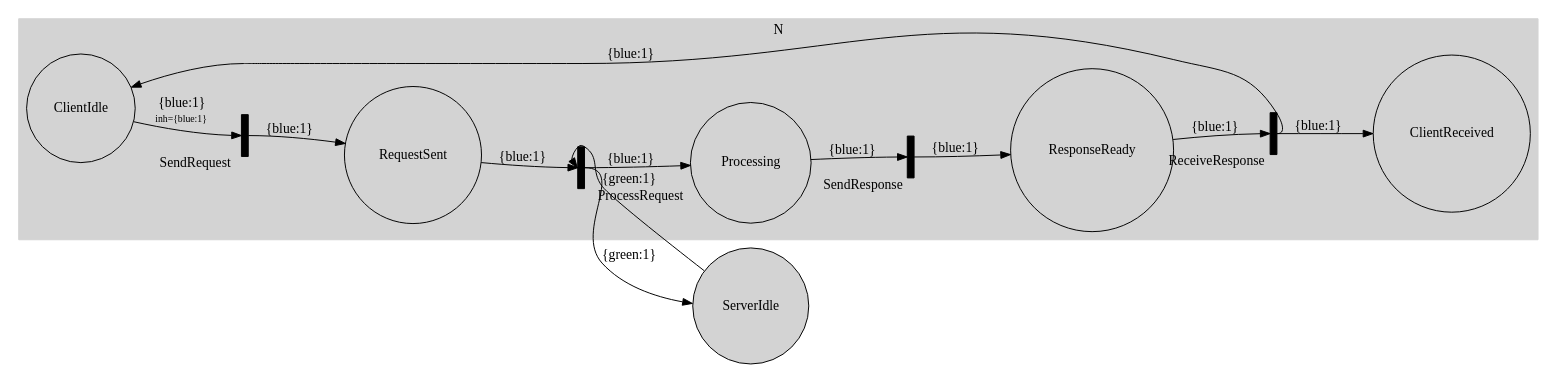
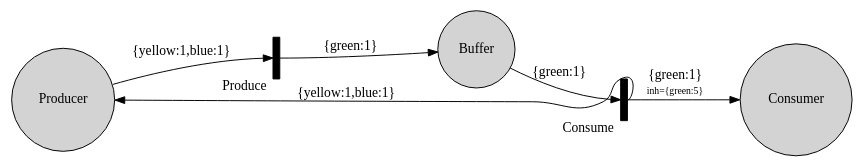
The diagram in Parser/output.dot (Stefan-Mocanu/Licenta), drawn with Graphviz before and after one commit. The commit also changed 31 other files, not shown here.

```diff
--- a/Parser/output.dot
+++ b/Parser/output.dot
@@ -1,33 +1,15 @@
 digraph PetriNet {
   rankdir=LR;
   node [shape=circle, width=0.5, style=filled, fillcolor=lightgray];
-  ClientIdle;
-  RequestSent;
-  Processing;
-  ResponseReady;
-  ClientReceived;
-  ServerIdle;
+  Producer;
+  Consumer;
+  Buffer;
   node [shape=rectangle, width=0.1, height=0.6, style=filled, fillcolor=black];
-  SendRequest [xlabel="SendRequest", label=""];
-  ProcessRequest [xlabel="ProcessRequest", label=""];
-  SendResponse [xlabel="SendResponse", label=""];
-  ReceiveResponse [xlabel="ReceiveResponse", label=""];
-  subgraph cluster_N {
-    style=filled;
-    color=lightgrey;
-    node [style=filled,color=white];
-    ClientIdle; RequestSent; Processing; ResponseReady; ClientReceived; SendRequest; ProcessRequest; SendResponse; ReceiveResponse;
-    label = "N";
-  }
-  ClientIdle -> SendRequest [label=<<TABLE BORDER="0" CELLBORDER="0" CELLSPACING="0"><TR><TD>{blue:1}</TD></TR><TR><TD><FONT POINT-SIZE="10">inh={blue:1}</FONT></TD></TR></TABLE>>, headport=w];
-  SendRequest -> RequestSent [label=<{blue:1}>, tailport=e];
-  RequestSent -> ProcessRequest [label=<{blue:1}>, headport=w];
-  ServerIdle -> ProcessRequest [label=<{green:1}>, headport=w];
-  ProcessRequest -> Processing [label=<{blue:1}>, tailport=e];
-  ProcessRequest -> ServerIdle [label=<{green:1}>, tailport=e];
-  Processing -> SendResponse [label=<{blue:1}>, headport=w];
-  SendResponse -> ResponseReady [label=<{blue:1}>, tailport=e];
-  ResponseReady -> ReceiveResponse [label=<{blue:1}>, headport=w];
-  ReceiveResponse -> ClientReceived [label=<{blue:1}>, tailport=e];
-  ReceiveResponse -> ClientIdle [label=<{blue:1}>, tailport=e];
+  Produce [xlabel="Produce", label=""];
+  Consume [xlabel="Consume", label=""];
+  Producer -> Produce [label=<{yellow:1,blue:1}>, headport=w];
+  Produce -> Buffer [label=<{green:1}>, tailport=e];
+  Buffer -> Consume [label=<{green:1}>, headport=w];
+  Consume -> Consumer [label=<<TABLE BORDER="0" CELLBORDER="0" CELLSPACING="0"><TR><TD>{green:1}</TD></TR><TR><TD><FONT POINT-SIZE="10">inh={green:5}</FONT></TD></TR></TABLE>>, tailport=e];
+  Consume -> Producer [label=<{yellow:1,blue:1}>, tailport=e];
 }
```
